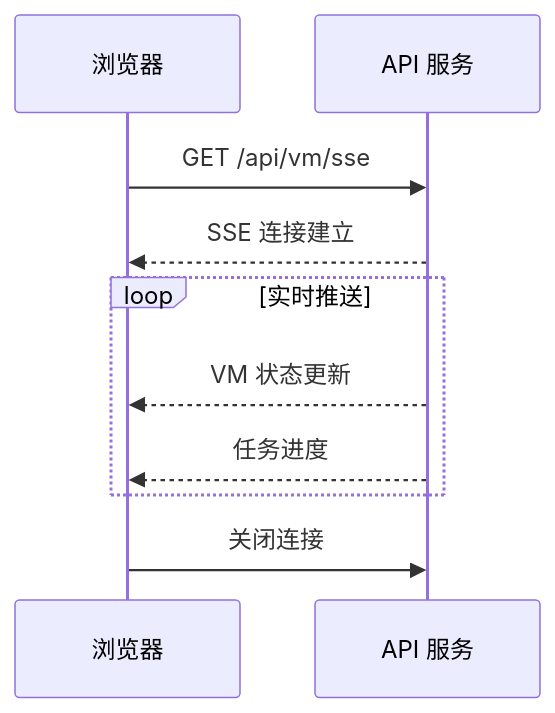
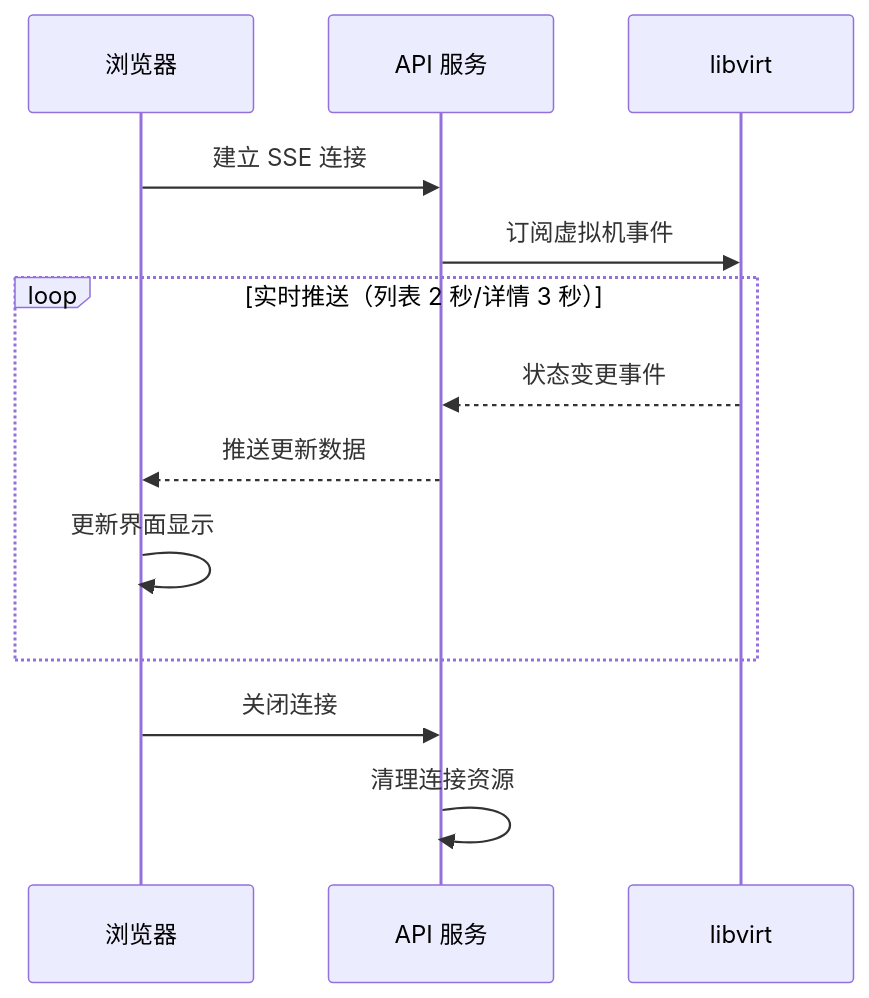
Before and after one commit to QVMConsole/docs: diagram 17 of 18 in docs/feature-analysis/qvmconsole-architecture.mdx, drawn with Mermaid. The commit also changed other lines of this file, not shown here.

````diff
--- a/docs/feature-analysis/qvmconsole-architecture.mdx
+++ b/docs/feature-analysis/qvmconsole-architecture.mdx
@@ -511,15 +766,18 @@
 ```mermaid
 sequenceDiagram
     participant Client as 浏览器
     participant API as API 服务
+    participant Libvirt as libvirt
     
-    Client->>API: GET /api/vm/sse
-    API-->>Client: SSE 连接建立
+    Client->>API: 建立 SSE 连接
+    API->>Libvirt: 订阅虚拟机事件
     
-    loop 实时推送
-        API-->>Client: VM 状态更新
-        API-->>Client: 任务进度
+    loop 实时推送（列表 2 秒/详情 3 秒）
+        Libvirt-->>API: 状态变更事件
+        API-->>Client: 推送更新数据
+        Client->>Client: 更新界面显示
     end
     
     Client->>API: 关闭连接
+    API->>API: 清理连接资源
 ```
````
